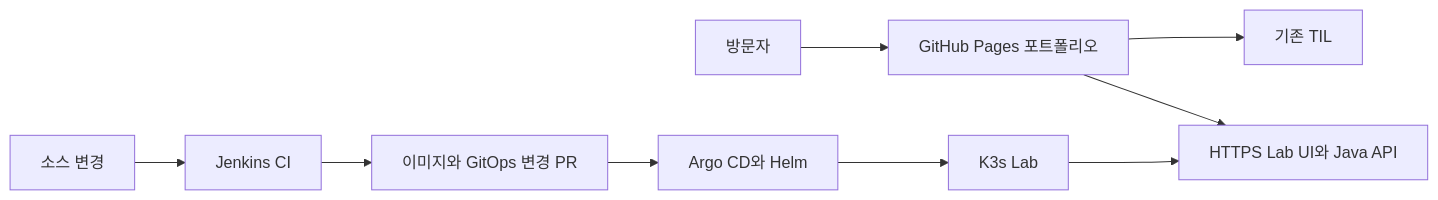
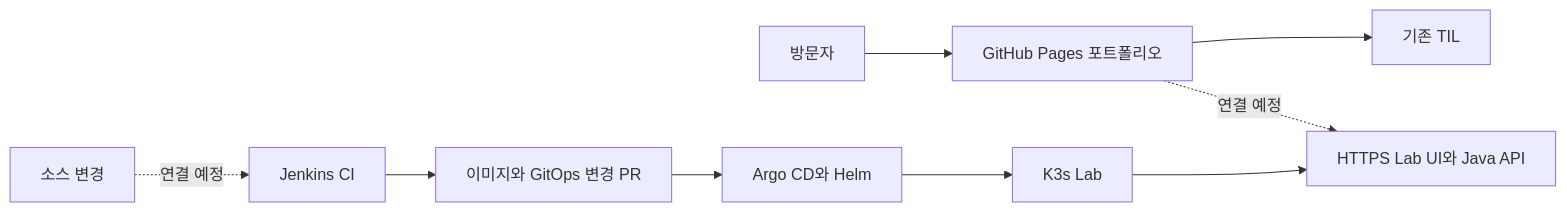
One commit to DevDooly/devdooly-platform-lab changed the diagram in README.md. Above: the diagram before and after it, drawn with Mermaid. The commit also changed other lines of this file and 77 other files, not shown here.

````diff
--- a/README.md
+++ b/README.md
@@ -24,11 +43,11 @@
 ```mermaid
 flowchart LR
   V[방문자] --> P[GitHub Pages 포트폴리오]
   P --> T[기존 TIL]
-  P --> L[HTTPS Lab UI와 Java API]
-  C[소스 변경] --> J[Jenkins CI]
+  P -. 연결 예정 .-> L[HTTPS Lab UI와 Java API]
+  C[소스 변경] -. 연결 예정 .-> J[Jenkins CI]
   J --> R[이미지와 GitOps 변경 PR]
   R --> A[Argo CD와 Helm]
   A --> K[K3s Lab]
   K --> L
 ```
````
